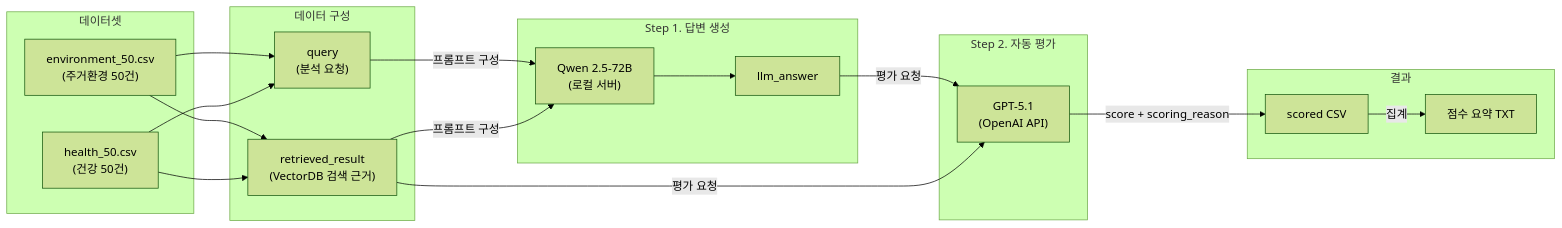
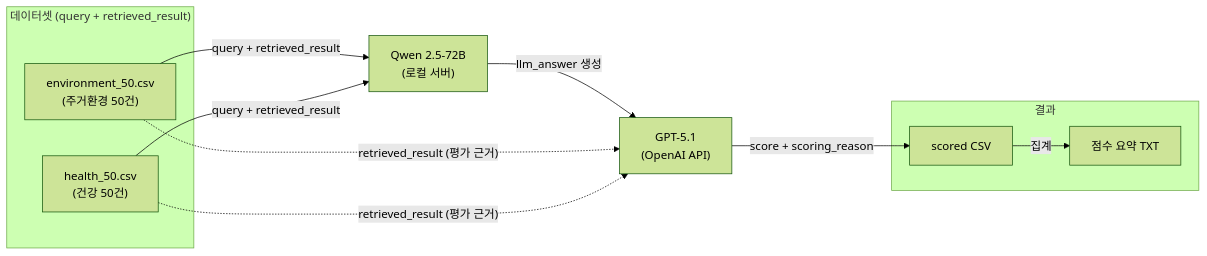
One commit to tmdekd/llm-judge-benchmark changed the first of 2 diagrams in README.md. Above: the diagram before and after it, drawn with Mermaid (forest theme).

Commit message:
일부 수정

````diff
--- a/README.md
+++ b/README.md
@@ -22,33 +22,21 @@
 ```mermaid
 flowchart LR
-    subgraph 데이터셋
+    subgraph 데이터셋["데이터셋 (query + retrieved_result)"]
         A["environment_50.csv<br/>(주거환경 50건)"]
         B["health_50.csv<br/>(건강 50건)"]
     end
 
-    subgraph 데이터 구성
-        Q["query<br/>(분석 요청)"]
-        R["retrieved_result<br/>(VectorDB 검색 근거)"]
-    end
-
-    subgraph Step 1. 답변 생성
-        C["Qwen 2.5-72B<br/>(로컬 서버)"]
-        L[llm_answer]
-    end
-
-    subgraph Step 2. 자동 평가
-        D["GPT-5.1<br/>(OpenAI API)"]
-    end
+    C["Qwen 2.5-72B<br/>(로컬 서버)"]
+    D["GPT-5.1<br/>(OpenAI API)"]
 
     subgraph 결과
         E[scored CSV]
         F[점수 요약 TXT]
     end
 
-    A & B --> Q & R
-    Q & R -->|프롬프트 구성| C
-    C --> L
-    L & R -->|평가 요청| D
-    D -->|score + scoring_reason| E
+    A & B -->|"query + retrieved_result"| C
+    C -->|llm_answer 생성| D
+    A & B -.->|"retrieved_result (평가 근거)"| D
+    D -->|"score + scoring_reason"| E
     E -->|집계| F
 ```
````
